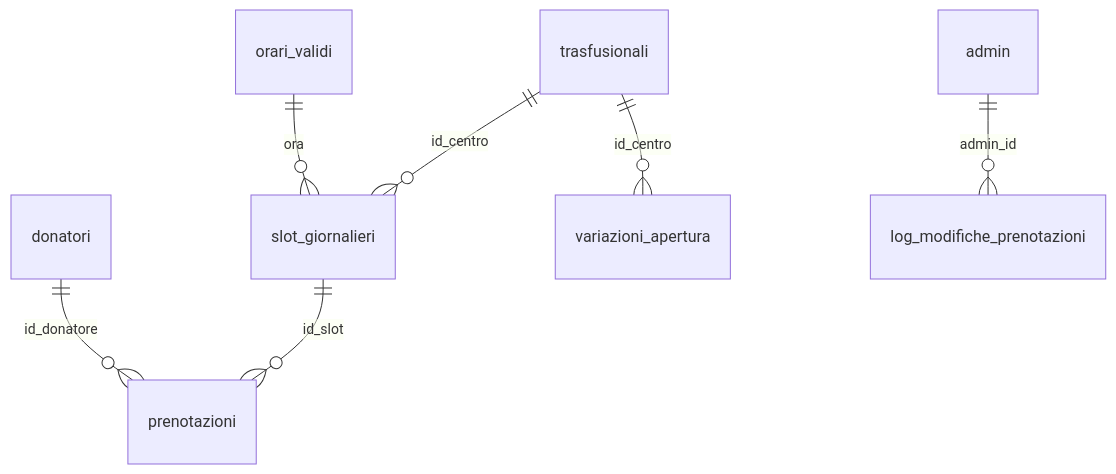
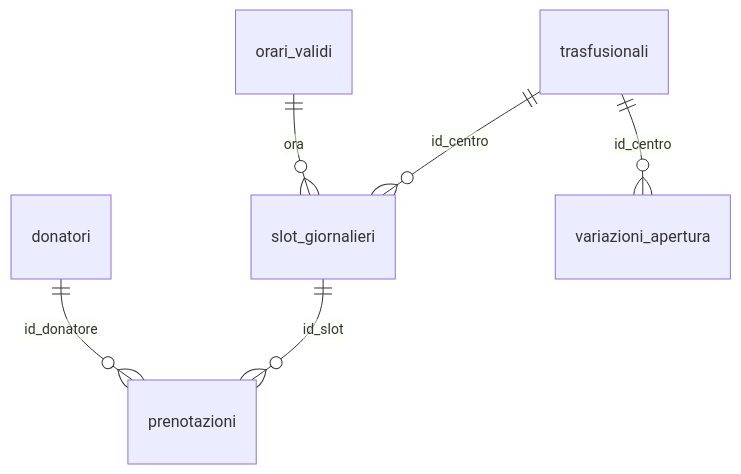
The second of 2 diagrams in README.md (Vasile-Projects/Gedosan-API), drawn with Mermaid before and after one commit. The commit also changed other lines of this file, not shown here.

````diff
--- a/README.md
+++ b/README.md
@@ -98,9 +67,8 @@
 ```mermaid
 erDiagram
     trasfusionali   ||--o{ slot_giornalieri   : "id_centro"
     orari_validi    ||--o{ slot_giornalieri   : "ora"
     slot_giornalieri ||--o{ prenotazioni       : "id_slot"
     donatori        ||--o{ prenotazioni        : "id_donatore"
     trasfusionali   ||--o{ variazioni_apertura : "id_centro"
-    admin           ||--o{ log_modifiche_prenotazioni : "admin_id"
 ```
````
